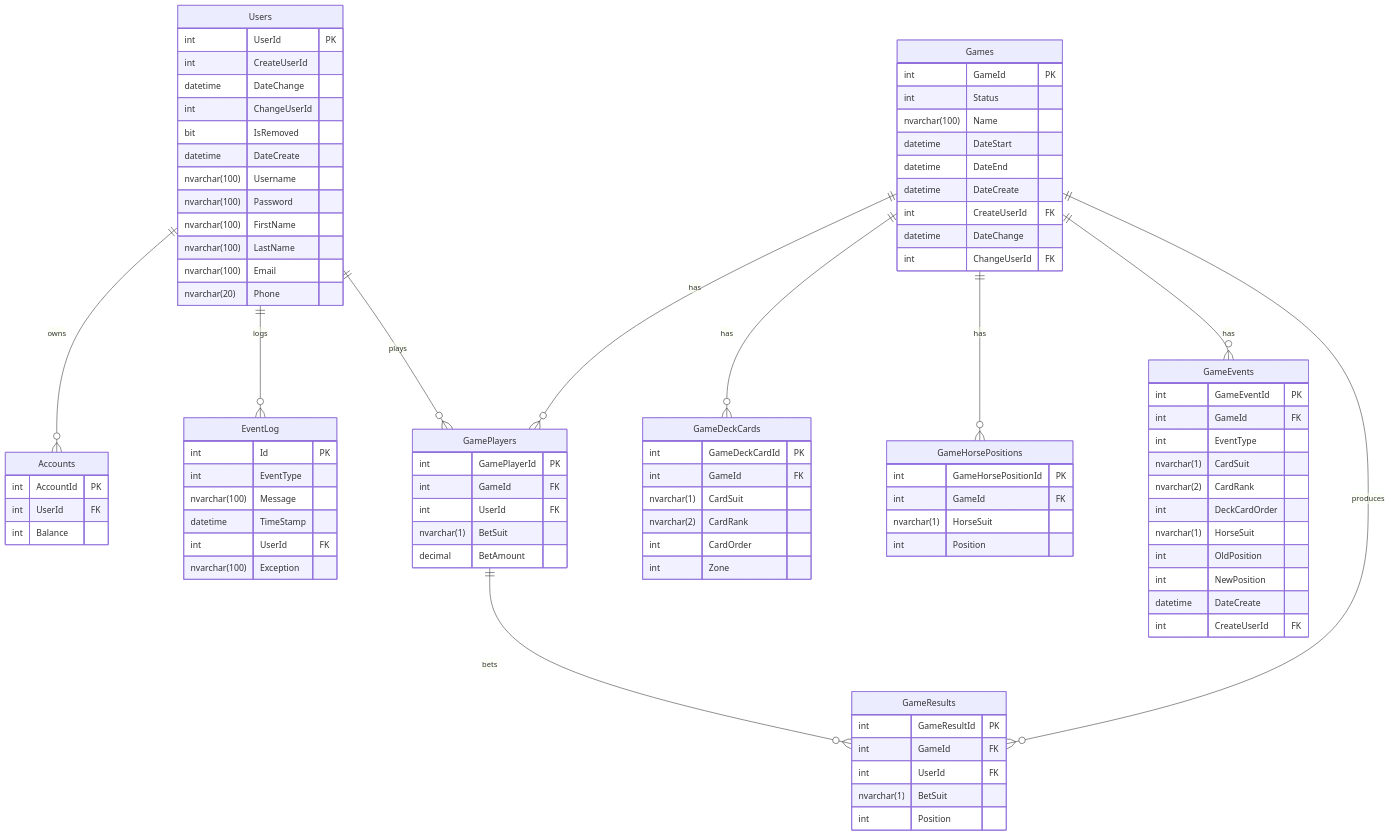
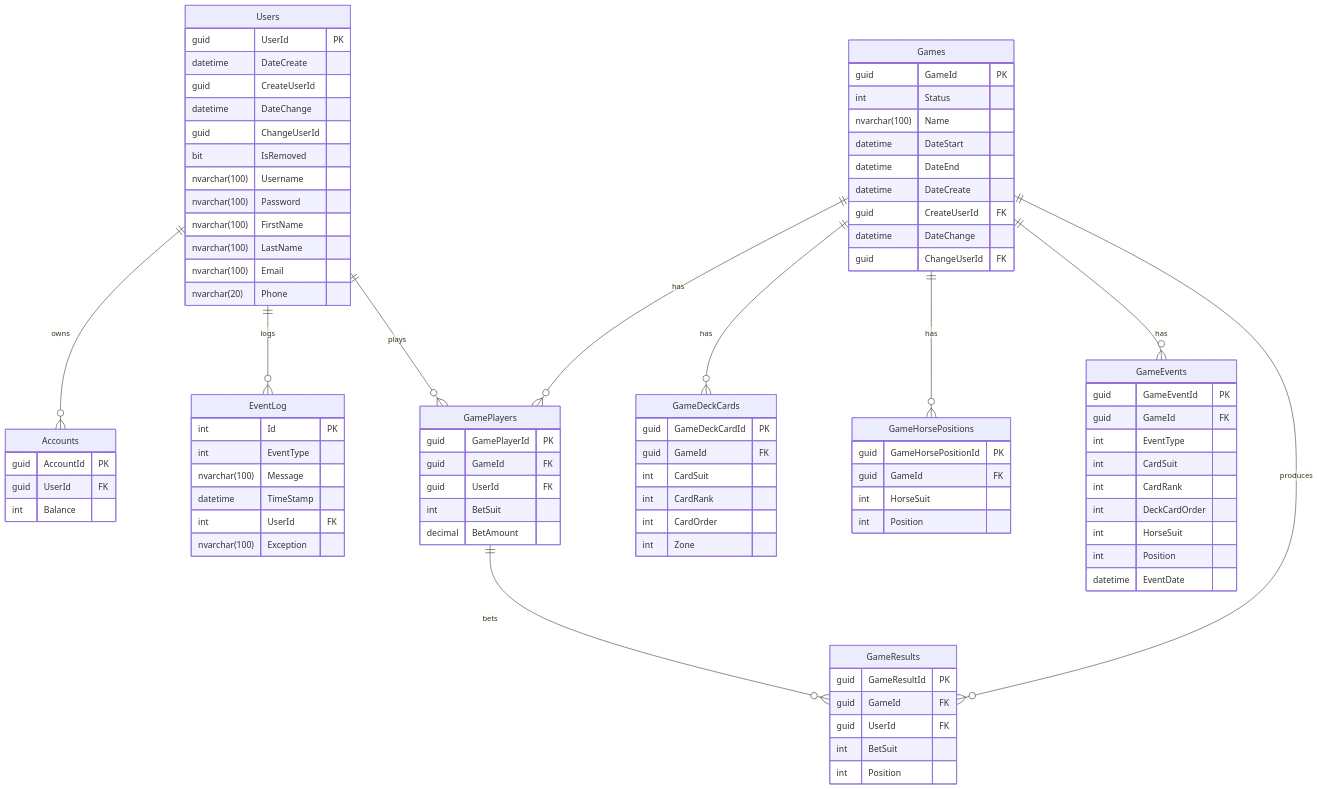
The diagram in Readme.md (griphon56/HorseRacing), drawn with Mermaid before and after one commit. The commit also changed 21 other files, not shown here.

```diff
--- a/Readme.md
+++ b/Readme.md
@@ -99,12 +99,12 @@
         nvarchar(100) Exception
     }
     Users {
-        int UserId PK
-        int CreateUserId
+        guid UserId PK
+		datetime DateCreate
+        guid CreateUserId
         datetime DateChange
-        int ChangeUserId
+        guid ChangeUserId
         bit IsRemoved
-        datetime DateCreate
         nvarchar(100) Username
         nvarchar(100) Password
         nvarchar(100) FirstName
@@ -114,64 +114,62 @@
     }
     
     Accounts {
-        int AccountId PK
-        int UserId FK
+        guid AccountId PK
+        guid UserId FK
         int Balance
     }
     Games {
-        int GameId PK
+        guid GameId PK
         int Status
         nvarchar(100) Name
         datetime DateStart
         datetime DateEnd
         datetime DateCreate
-        int CreateUserId FK
+        guid CreateUserId FK
         datetime DateChange
-        int ChangeUserId FK
+        guid ChangeUserId FK
     }
     GameResults {
-        int GameResultId PK
-        int GameId FK
-        int UserId FK
-        nvarchar(1) BetSuit
+        guid GameResultId PK
+        guid GameId FK
+        guid UserId FK
+        int BetSuit
         int Position
     }
     GamePlayers {
-        int GamePlayerId PK
-        int GameId FK
-        int UserId FK
-        nvarchar(1) BetSuit
+        guid GamePlayerId PK
+        guid GameId FK
+        guid UserId FK
+        int BetSuit
         decimal BetAmount
     }
     
     GameDeckCards {
-        int GameDeckCardId PK
-        int GameId FK
-        nvarchar(1) CardSuit
-        nvarchar(2) CardRank
+        guid GameDeckCardId PK
+        guid GameId FK
+        int CardSuit
+        int CardRank
         int CardOrder
         int Zone
     }
     
     GameHorsePositions {
-        int GameHorsePositionId PK
-        int GameId FK
-        nvarchar(1) HorseSuit
+        guid GameHorsePositionId PK
+        guid GameId FK
+        int HorseSuit
         int Position
     }
     
     GameEvents {
-        int GameEventId PK
-        int GameId FK
+        guid GameEventId PK
+        guid GameId FK
         int EventType
-        nvarchar(1) CardSuit
-        nvarchar(2) CardRank
+        int CardSuit
+        int CardRank
         int DeckCardOrder
-        nvarchar(1) HorseSuit
-        int OldPosition
-        int NewPosition
-        datetime DateCreate
-        int CreateUserId FK
+        int HorseSuit
+        int Position
+        datetime EventDate
     }
     
     Users ||--o{ Accounts : owns
```
